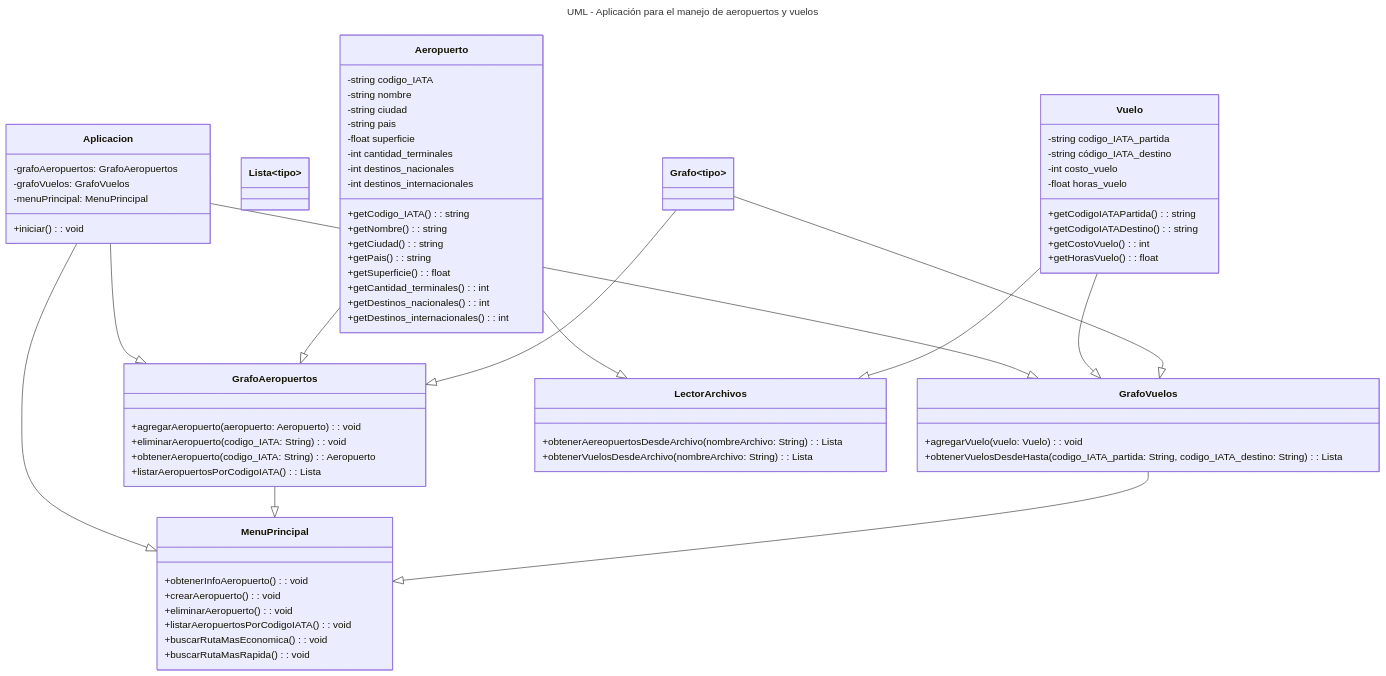
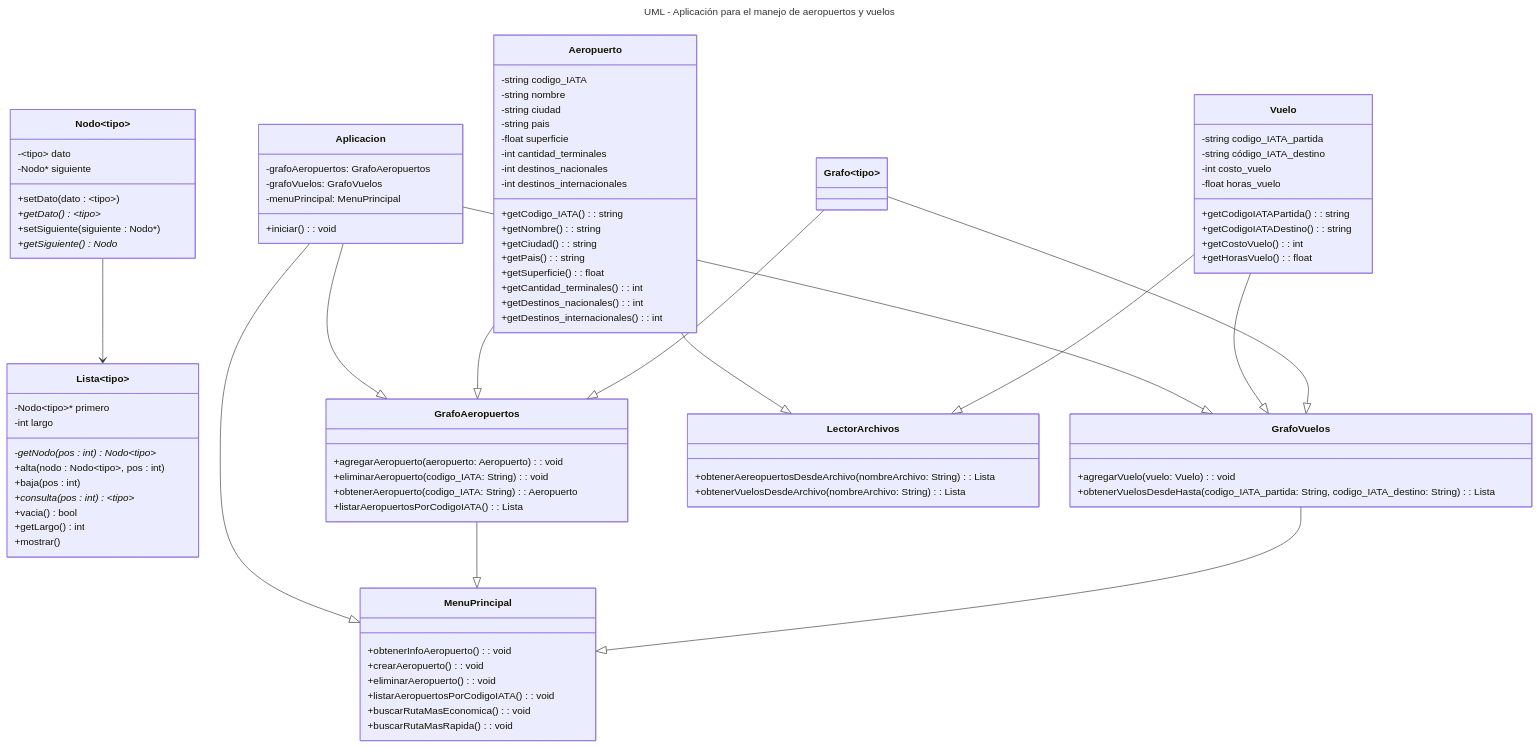
One commit to Algoritmos-2023c2-Grupo1/tp-final changed the diagram in README.md. Above: the diagram before and after it, drawn with Mermaid.

Commit message:
Update UML in README.md

```diff
--- a/README.md
+++ b/README.md
@@ -104,7 +104,24 @@
     }
     
     class Lista~tipo~ {
+	-Nodo~tipo~* primero
+        -int largo
+        -getNodo(pos : int) Nodo~tipo~*
+        +alta(nodo : Nodo~tipo~, pos : int)
+        +baja(pos : int)
+        +consulta(pos : int) ~tipo~*
+        +vacia() bool
+        +getLargo() int
+        +mostrar()
+    }
 
+    class Nodo~tipo~ {
+        -~tipo~ dato
+        -Nodo* siguiente
+        +setDato(dato : ~tipo~)
+        +getDato() ~tipo~*
+        +setSiguiente(siguiente : Nodo*)
+        +getSiguiente() Nodo*
     }
 
     class Aeropuerto {
@@ -170,6 +187,8 @@
         +obtenerVuelosDesdeArchivo(nombreArchivo: String): Lista<Vuelo>
     }
 
+    Nodo~tipo~ --> Lista~tipo~
+
     Aplicacion --|> GrafoAeropuertos
     Aplicacion --|> GrafoVuelos
     Aplicacion --|> MenuPrincipal
```
